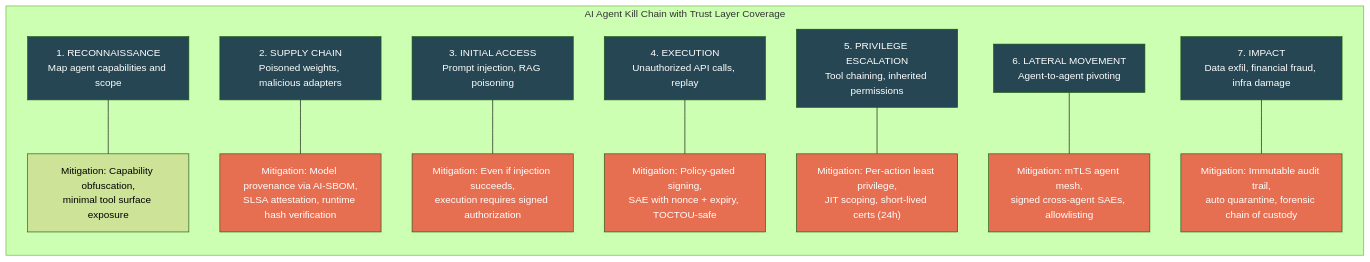
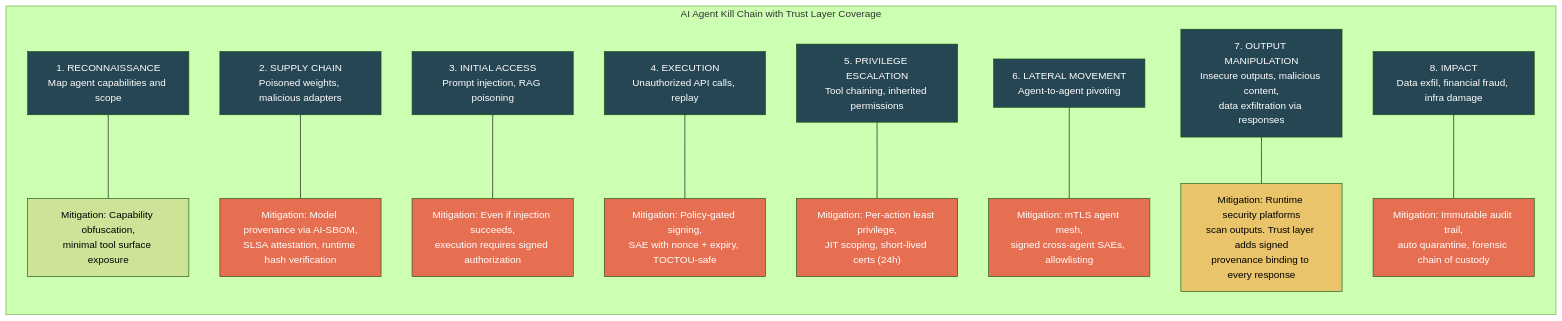
Before and after one commit to kjayashr/cryptographic-trust-layer: the ninth of 13 diagrams in cryptographic-trust-layer-thesis.md, drawn with Mermaid (forest theme). The commit also changed other lines of this file, not shown here.

````diff
--- a/cryptographic-trust-layer-thesis.md
+++ b/cryptographic-trust-layer-thesis.md
@@ -384,49 +393,55 @@
 ```mermaid
 graph TB
     subgraph "AI Agent Kill Chain with Trust Layer Coverage"
         direction TB
 
         KC1["1. RECONNAISSANCE<br/>Map agent capabilities and scope"]
         M1["Mitigation: Capability obfuscation,<br/>minimal tool surface exposure"]
 
         KC2["2. SUPPLY CHAIN<br/>Poisoned weights, malicious adapters"]
         M2["Mitigation: Model provenance via AI-SBOM,<br/>SLSA attestation, runtime hash verification"]
 
         KC3["3. INITIAL ACCESS<br/>Prompt injection, RAG poisoning"]
         M3["Mitigation: Even if injection succeeds,<br/>execution requires signed authorization"]
 
         KC4["4. EXECUTION<br/>Unauthorized API calls, replay"]
         M4["Mitigation: Policy-gated signing,<br/>SAE with nonce + expiry, TOCTOU-safe"]
 
         KC5["5. PRIVILEGE ESCALATION<br/>Tool chaining, inherited permissions"]
         M5["Mitigation: Per-action least privilege,<br/>JIT scoping, short-lived certs (24h)"]
 
         KC6["6. LATERAL MOVEMENT<br/>Agent-to-agent pivoting"]
         M6["Mitigation: mTLS agent mesh,<br/>signed cross-agent SAEs, allowlisting"]
 
-        KC7["7. IMPACT<br/>Data exfil, financial fraud, infra damage"]
-        M7["Mitigation: Immutable audit trail,<br/>auto quarantine, forensic chain of custody"]
+        KC7["7. OUTPUT MANIPULATION<br/>Insecure outputs, malicious content,<br/>data exfiltration via responses"]
+        M7["Mitigation: Runtime security platforms<br/>scan outputs. Trust layer adds signed<br/>provenance binding to every response"]
+
+        KC8["8. IMPACT<br/>Data exfil, financial fraud, infra damage"]
+        M8["Mitigation: Immutable audit trail,<br/>auto quarantine, forensic chain of custody"]
     end
 
     KC1 --- M1
     KC2 --- M2
     KC3 --- M3
     KC4 --- M4
     KC5 --- M5
     KC6 --- M6
     KC7 --- M7
+    KC8 --- M8
 
     style KC1 fill:#264653,color:#fff
     style KC2 fill:#264653,color:#fff
     style KC3 fill:#264653,color:#fff
     style KC4 fill:#264653,color:#fff
     style KC5 fill:#264653,color:#fff
     style KC6 fill:#264653,color:#fff
     style KC7 fill:#264653,color:#fff
+    style KC8 fill:#264653,color:#fff
     style M2 fill:#e76f51,color:#fff
     style M3 fill:#e76f51,color:#fff
     style M4 fill:#e76f51,color:#fff
     style M5 fill:#e76f51,color:#fff
     style M6 fill:#e76f51,color:#fff
-    style M7 fill:#e76f51,color:#fff
+    style M7 fill:#e9c46a,color:#000
+    style M8 fill:#e76f51,color:#fff
 ```
````
